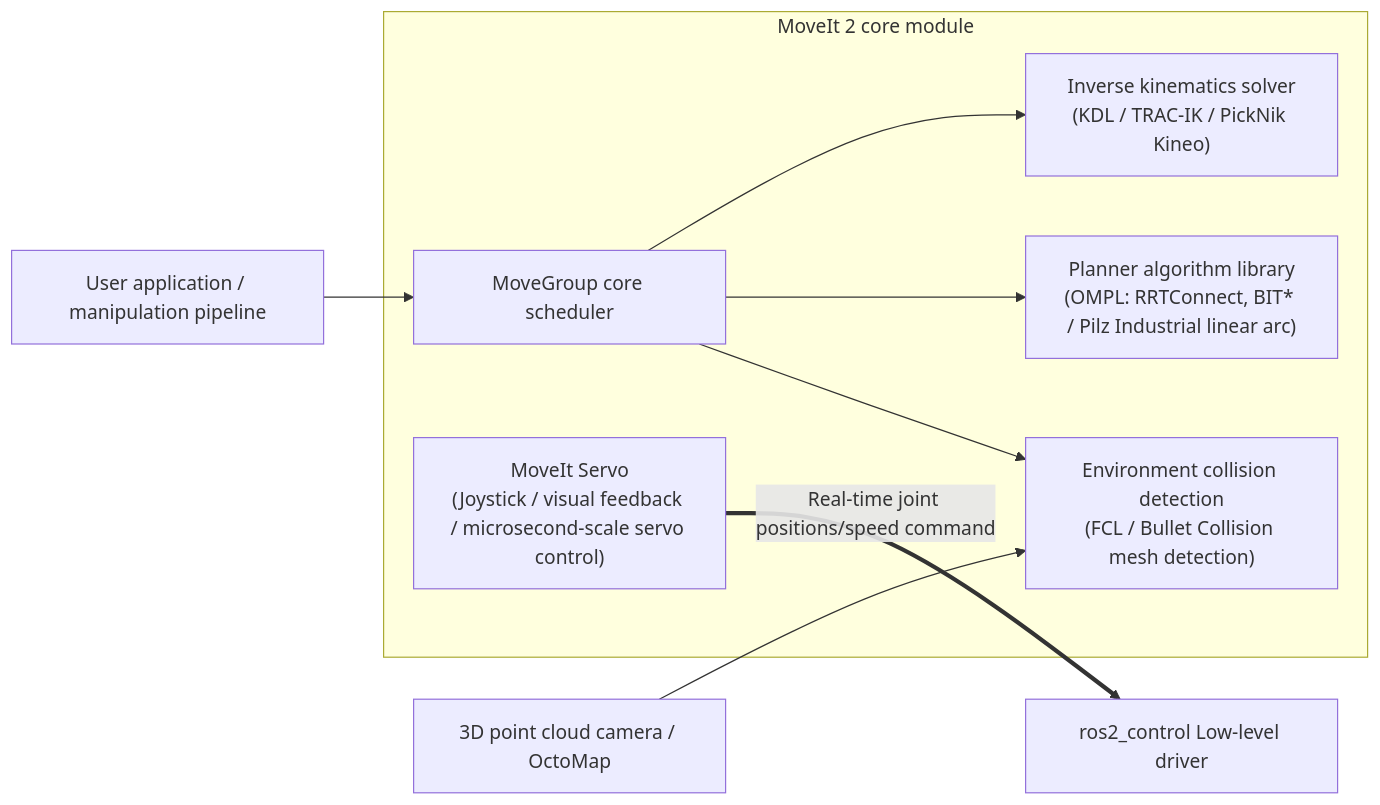
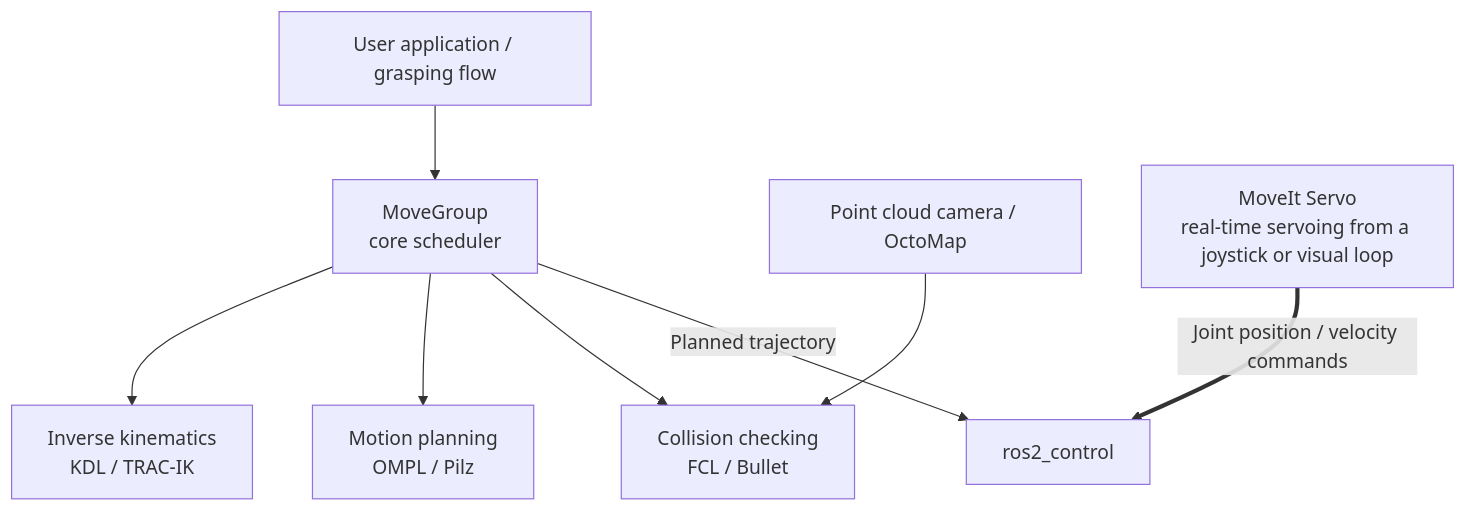
Before and after one commit to TingdeLiu/tingdeliu.github.io: diagram 18 of 21 in _translations/en/research/ROS2-Survey.md, drawn with Mermaid. The commit also changed other lines of this file and 2 other files, not shown here.

First line of the commit message:
Sync the English ROS 2 guide with the Chinese layout revision

````diff
--- a/_translations/en/research/ROS2-Survey.md
+++ b/_translations/en/research/ROS2-Survey.md
@@ -1095,15 +985,10 @@
 ```mermaid
-flowchart LR
-    subgraph MoveIt2["MoveIt 2 core module"]
-        MG["MoveGroup core scheduler"]
-        IK["Inverse kinematics solver<br/>(KDL / TRAC-IK / PickNik Kineo)"]
-        Plan["Planner algorithm library<br/>(OMPL: RRTConnect, BIT* / Pilz Industrial linear arc)"]
-        Coll["Environment collision detection<br/>(FCL / Bullet Collision mesh detection)"]
-        Servo["MoveIt Servo<br/>(Joystick / visual feedback / microsecond-scale servo control)"]
-    end
-
-    UserApp["User application / manipulation pipeline"] --> MG
-    SensorCloud["3D point cloud camera / OctoMap"] --> Coll
-    MG --> IK & Plan & Coll
-    Servo ==>|"Real-time joint positions/speed command"| RosControl["ros2_control Low-level driver"]
+flowchart TB
+    UserApp["User application / grasping flow"] --> MG["MoveGroup<br/>core scheduler"]
+    MG --> IK["Inverse kinematics<br/>KDL / TRAC-IK"]
+    MG --> Plan["Motion planning<br/>OMPL / Pilz"]
+    MG --> Coll["Collision checking<br/>FCL / Bullet"]
+    SensorCloud["Point cloud camera / OctoMap"] --> Coll
+    Servo["MoveIt Servo<br/>real-time servoing from a joystick or visual loop"] ==>|Joint position / velocity commands| RosControl["ros2_control"]
+    MG -->|Planned trajectory| RosControl
 ```
````
